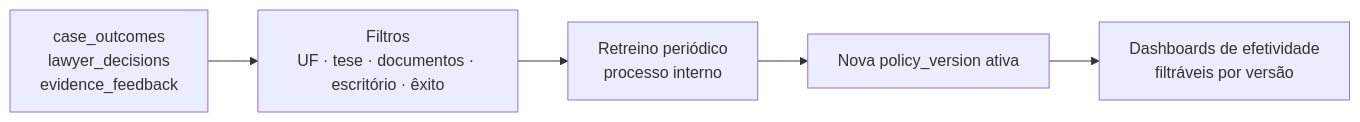
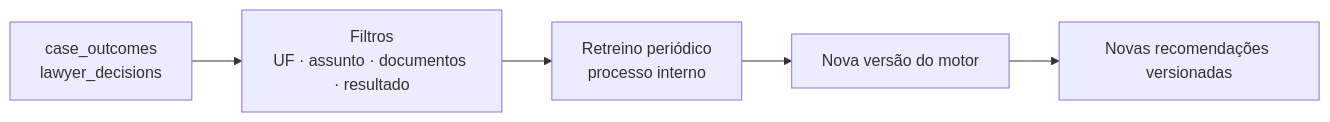
The fourth of 4 diagrams in docs/ARCHITECTURE.md (sll-bruno/hackathon-unicamp-2026), drawn with Mermaid before and after one commit. The commit also changed other lines of this file and 44 other files, not shown here.

````diff
--- a/docs/ARCHITECTURE.md
+++ b/docs/ARCHITECTURE.md
@@ -282,7 +250,7 @@
 ```mermaid
 flowchart LR
-  A[case_outcomes<br/>lawyer_decisions<br/>evidence_feedback] --> B[Filtros<br/>UF · tese · documentos · escritório · êxito]
+  A[case_outcomes<br/>lawyer_decisions] --> B[Filtros<br/>UF · assunto · documentos · resultado]
   B --> C[Retreino periódico<br/>processo interno]
-  C --> E[Nova policy_version ativa]
-  E --> F[Dashboards de efetividade<br/>filtráveis por versão]
+  C --> E[Nova versão do motor]
+  E --> F[Novas recomendações versionadas]
 ```
````
